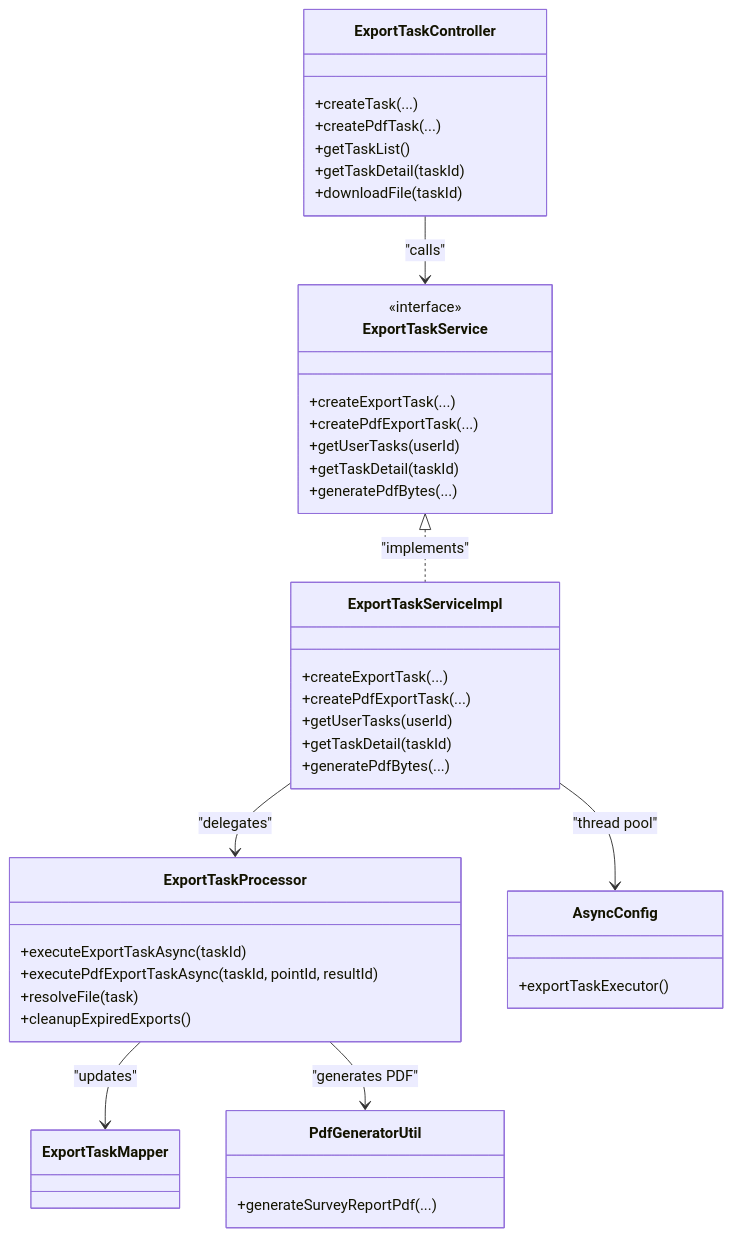
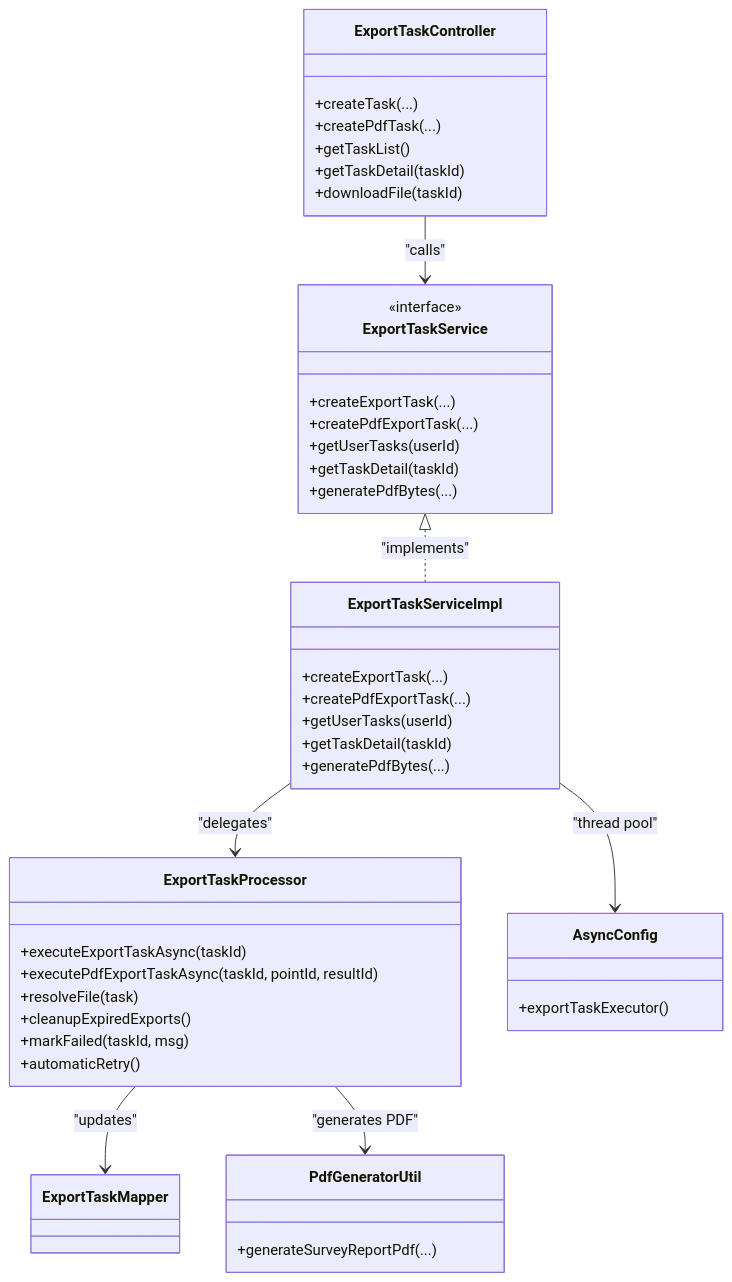
Before and after one commit to bo961386926/Survey-App: the fourth of 4 diagrams in .qoder/repowiki/en/content/Export & Reporting/Export Task Management.md, drawn with Mermaid. The commit also changed other lines of this file and 19 other files, not shown here.

````diff
--- a/.qoder/repowiki/en/content/Export & Reporting/Export Task Management.md
+++ b/.qoder/repowiki/en/content/Export & Reporting/Export Task Management.md
@@ -290,44 +357,46 @@
 ```mermaid
 classDiagram
 class ExportTaskController {
 +createTask(...)
 +createPdfTask(...)
 +getTaskList()
 +getTaskDetail(taskId)
 +downloadFile(taskId)
 }
 class ExportTaskService {
 <<interface>>
 +createExportTask(...)
 +createPdfExportTask(...)
 +getUserTasks(userId)
 +getTaskDetail(taskId)
 +generatePdfBytes(...)
 }
 class ExportTaskServiceImpl {
 +createExportTask(...)
 +createPdfExportTask(...)
 +getUserTasks(userId)
 +getTaskDetail(taskId)
 +generatePdfBytes(...)
 }
 class ExportTaskProcessor {
 +executeExportTaskAsync(taskId)
 +executePdfExportTaskAsync(taskId, pointId, resultId)
 +resolveFile(task)
 +cleanupExpiredExports()
++markFailed(taskId, msg)
++automaticRetry()
 }
 class ExportTaskMapper
 class PdfGeneratorUtil {
 +generateSurveyReportPdf(...)
 }
 class AsyncConfig {
 +exportTaskExecutor()
 }
 ExportTaskController --> ExportTaskService : "calls"
 ExportTaskService <|.. ExportTaskServiceImpl : "implements"
 ExportTaskServiceImpl --> ExportTaskProcessor : "delegates"
 ExportTaskProcessor --> ExportTaskMapper : "updates"
 ExportTaskProcessor --> PdfGeneratorUtil : "generates PDF"
 ExportTaskServiceImpl --> AsyncConfig : "thread pool"
 ```
````
